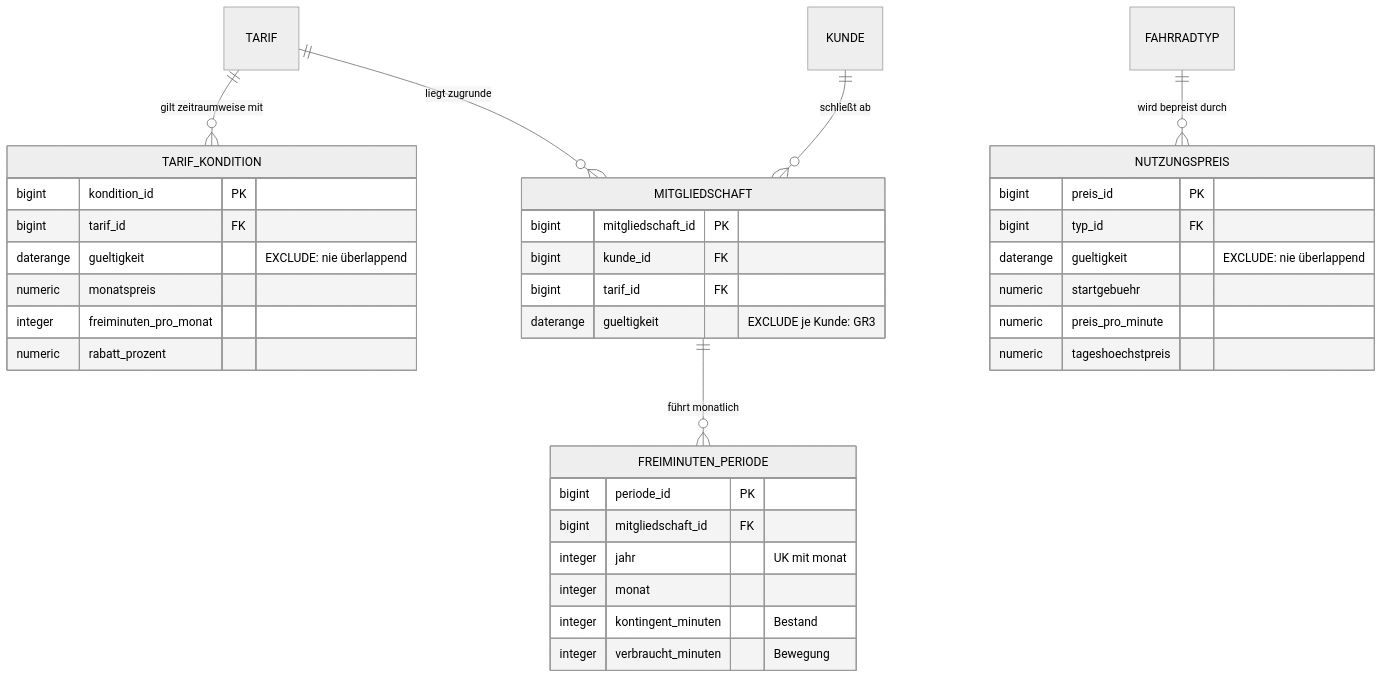
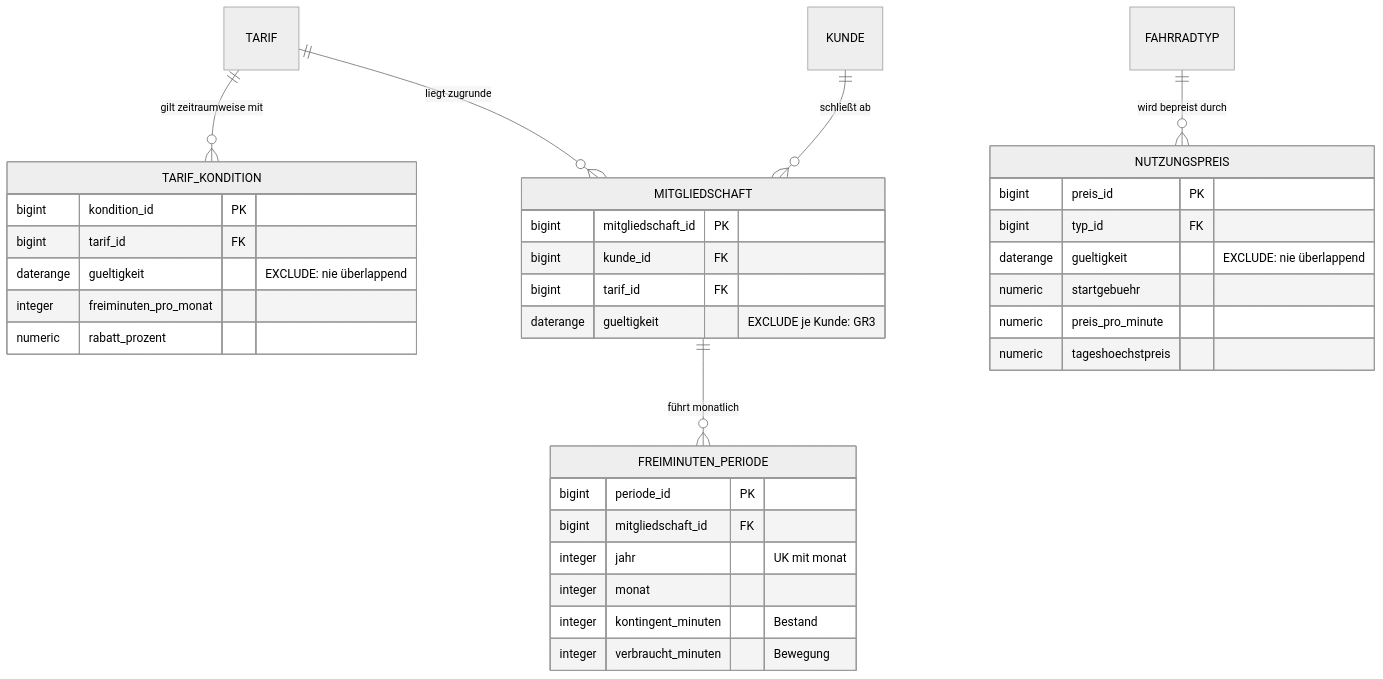
Before and after one commit to swrobuts/velocity-fallstudie: the diagram in doku/datenmodell/erd/rel-c-tarif-und-preis.mmd, drawn with Mermaid (neutral theme). The commit also changed 12 other files, not shown here.

```diff
--- a/doku/datenmodell/erd/rel-c-tarif-und-preis.mmd
+++ b/doku/datenmodell/erd/rel-c-tarif-und-preis.mmd
@@ -1,37 +1,36 @@
 erDiagram
     TARIF          ||--o{ TARIF_KONDITION     : "gilt zeitraumweise mit"
     KUNDE          ||--o{ MITGLIEDSCHAFT      : "schließt ab"
     TARIF          ||--o{ MITGLIEDSCHAFT      : "liegt zugrunde"
     MITGLIEDSCHAFT ||--o{ FREIMINUTEN_PERIODE : "führt monatlich"
     FAHRRADTYP     ||--o{ NUTZUNGSPREIS       : "wird bepreist durch"
 
     TARIF_KONDITION {
         bigint    kondition_id PK
         bigint    tarif_id     FK
         daterange gueltigkeit  "EXCLUDE: nie überlappend"
-        numeric   monatspreis
         integer   freiminuten_pro_monat
         numeric   rabatt_prozent
     }
     MITGLIEDSCHAFT {
         bigint    mitgliedschaft_id PK
         bigint    kunde_id          FK
         bigint    tarif_id          FK
         daterange gueltigkeit       "EXCLUDE je Kunde: GR3"
     }
     FREIMINUTEN_PERIODE {
         bigint  periode_id         PK
         bigint  mitgliedschaft_id  FK
         integer jahr               "UK mit monat"
         integer monat
         integer kontingent_minuten "Bestand"
         integer verbraucht_minuten "Bewegung"
     }
     NUTZUNGSPREIS {
         bigint    preis_id          PK
         bigint    typ_id            FK
         daterange gueltigkeit       "EXCLUDE: nie überlappend"
         numeric   startgebuehr
         numeric   preis_pro_minute
         numeric   tageshoechstpreis
     }
```
